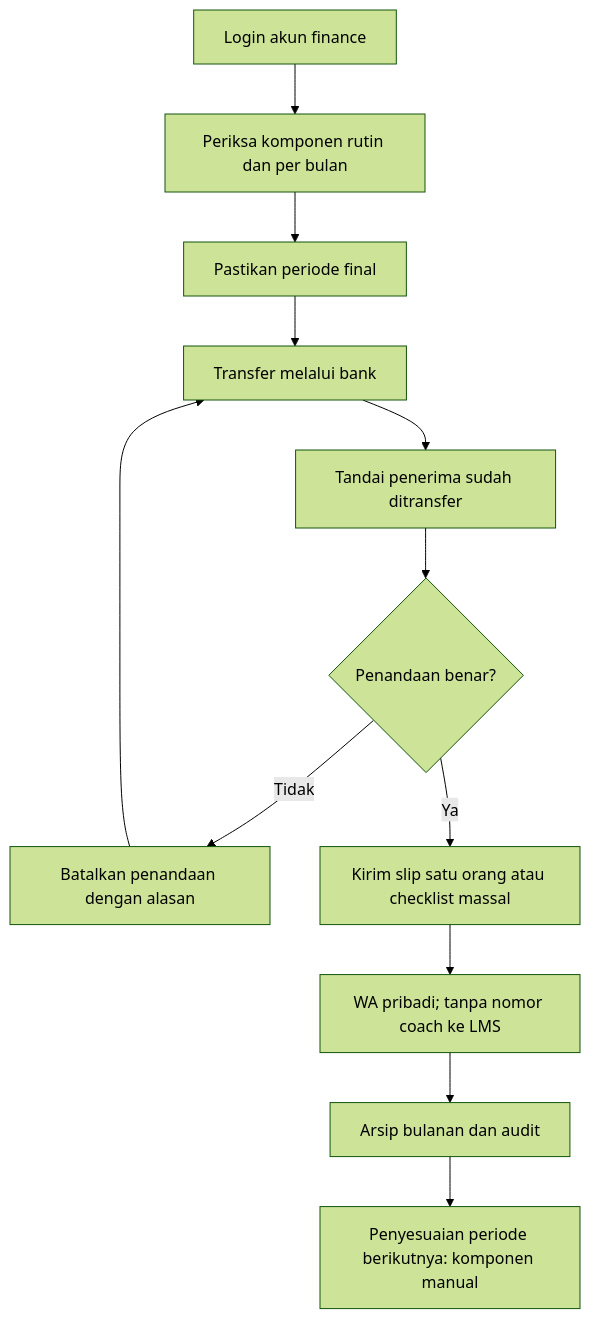
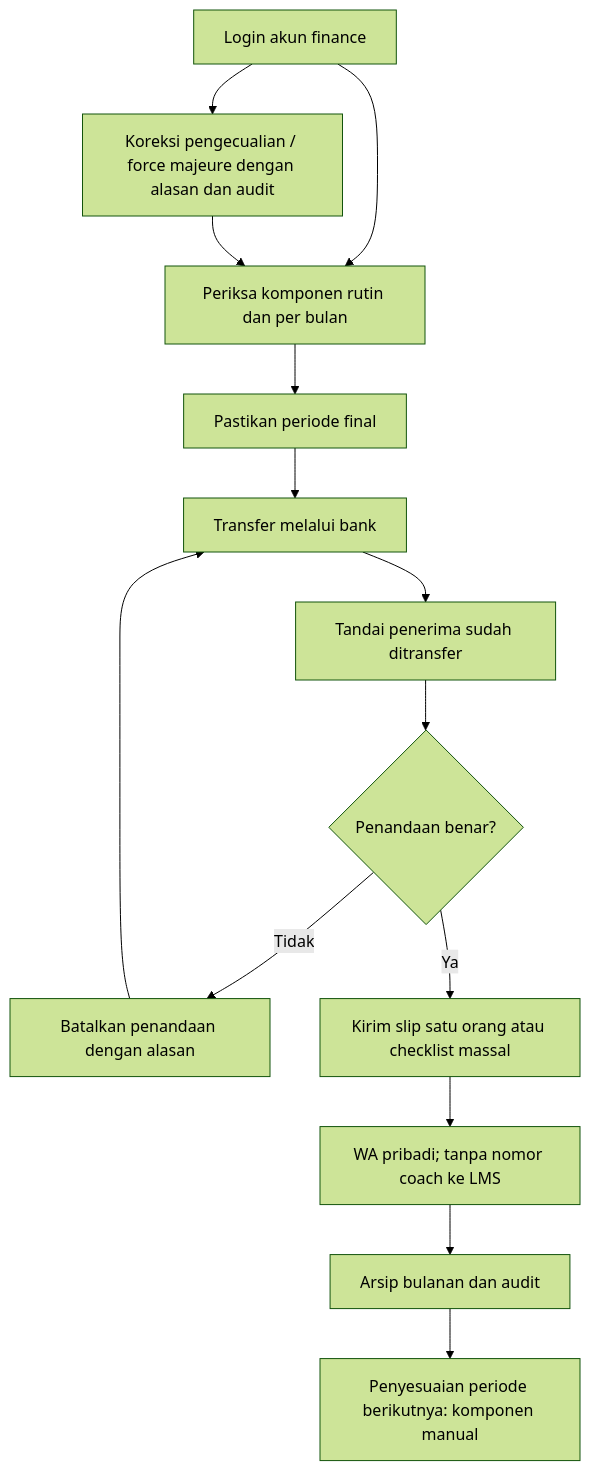
Before and after one commit to arisfadillahh/lms-apps: the third of 3 diagrams in docs/payroll-user-guide.md, drawn with Mermaid (forest theme). The commit also changed other lines of this file and 40 other files, not shown here.

````diff
--- a/docs/payroll-user-guide.md
+++ b/docs/payroll-user-guide.md
@@ -189,14 +193,16 @@
 ```mermaid
 flowchart TD
   A[Login akun finance] --> B[Periksa komponen rutin dan per bulan]
+  A --> X[Koreksi pengecualian / force majeure dengan alasan dan audit]
+  X --> B
   B --> C[Pastikan periode final]
   C --> D[Transfer melalui bank]
   D --> E[Tandai penerima sudah ditransfer]
   E --> F{Penandaan benar?}
   F -->|Tidak| G[Batalkan penandaan dengan alasan]
   G --> D
   F -->|Ya| H[Kirim slip satu orang atau checklist massal]
   H --> I[WA pribadi; tanpa nomor coach ke LMS]
   I --> J[Arsip bulanan dan audit]
   J --> K[Penyesuaian periode berikutnya: komponen manual]
 ```
````
